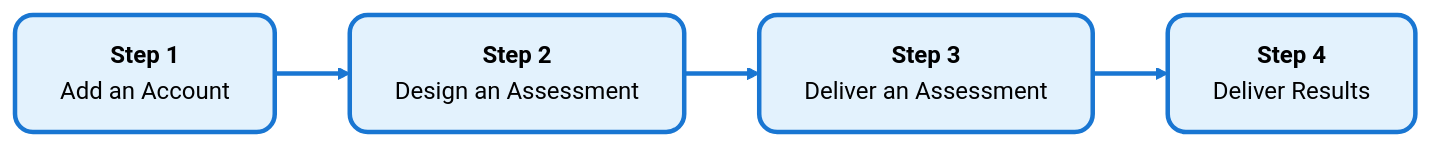
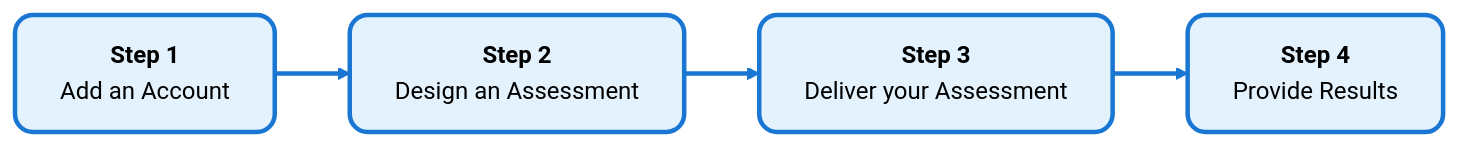
One commit to Vessel-Scale/vsap-docs changed the diagram in docs/getting-started/index.md. Above: the diagram before and after it, drawn with Mermaid. The commit also changed other lines of this file and 25 other files, not shown here.

````diff
--- a/docs/getting-started/index.md
+++ b/docs/getting-started/index.md
@@ -16,11 +16,11 @@
 ```mermaid
 graph LR
     A["<b>Step 1</b><br/>Add an Account"] --> B["<b>Step 2</b><br/>Design an Assessment"]
-    B --> C["<b>Step 3</b><br/>Deliver an Assessment"]
-    C --> D["<b>Step 4</b><br/>Deliver Results"]
+    B --> C["<b>Step 3</b><br/>Deliver your Assessment"]
+    C --> D["<b>Step 4</b><br/>Provide Results"]
     
     classDef stepBox fill:#e3f2fd,stroke:#1976d2,stroke-width:3px,color:#000,rx:12px,ry:12px
     class A,B,C,D stepBox
     
     linkStyle 0,1,2 stroke:#1976d2,stroke-width:3px,color:#1976d2
 ```
````
